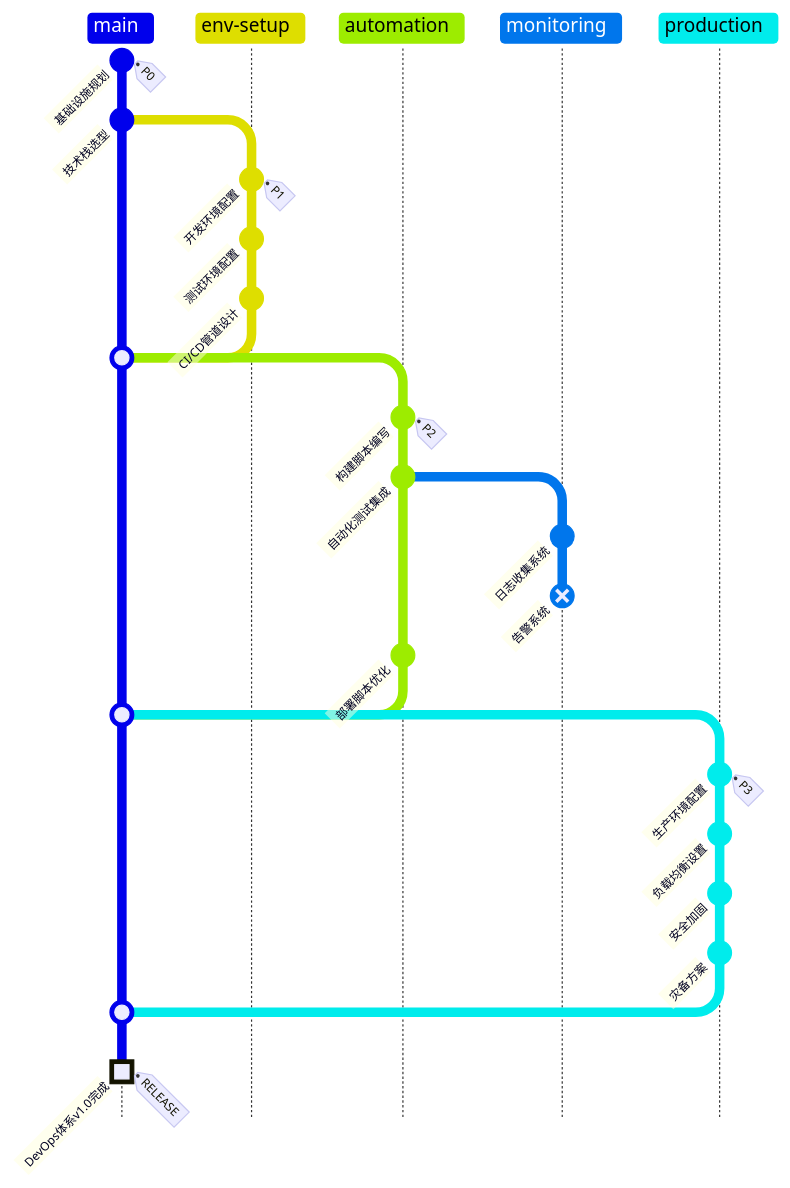
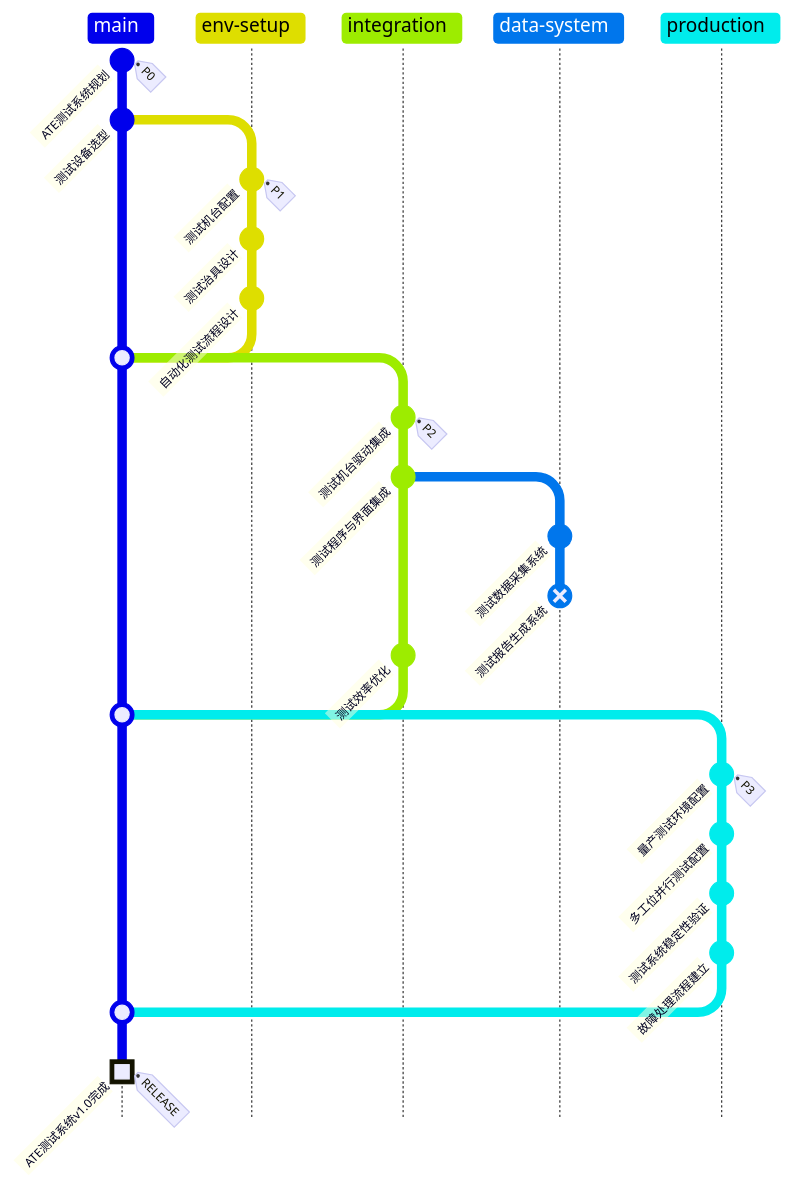
One commit to linyuxuanlin/FlowMinder changed the diagram in example_project/Branch3.md. Above: the diagram before and after it, drawn with Mermaid. The commit also changed other lines of this file and 3 other files, not shown here.

````diff
--- a/example_project/Branch3.md
+++ b/example_project/Branch3.md
@@ -3,33 +3,33 @@
 ```mermaid
 gitGraph TB:
-    commit id: "基础设施规划" tag: "P0"
-    commit id: "技术栈选型"
+    commit id: "ATE测试系统规划" tag: "P0"
+    commit id: "测试设备选型"
     branch env-setup
     checkout env-setup
-    commit id: "开发环境配置" tag: "P1"
-    commit id: "测试环境配置"
-    commit id: "CI/CD管道设计"
+    commit id: "测试机台配置" tag: "P1"
+    commit id: "测试治具设计"
+    commit id: "自动化测试流程设计"
     checkout main
     merge env-setup
-    branch automation
-    checkout automation
-    commit id: "构建脚本编写" tag: "P2"
-    commit id: "自动化测试集成"
-    branch monitoring
-    checkout monitoring
-    commit id: "日志收集系统"
-    commit id: "告警系统" type: REVERSE
-    checkout automation
-    commit id: "部署脚本优化"
+    branch integration
+    checkout integration
+    commit id: "测试机台驱动集成" tag: "P2"
+    commit id: "测试程序与界面集成"
+    branch data-system
+    checkout data-system
+    commit id: "测试数据采集系统"
+    commit id: "测试报告生成系统" type: REVERSE
+    checkout integration
+    commit id: "测试效率优化"
     checkout main
-    merge automation
+    merge integration
     branch production
     checkout production
-    commit id: "生产环境配置" tag: "P3"
-    commit id: "负载均衡设置"
-    commit id: "安全加固"
-    commit id: "灾备方案"
+    commit id: "量产测试环境配置" tag: "P3"
+    commit id: "多工位并行测试配置"
+    commit id: "测试系统稳定性验证"
+    commit id: "故障处理流程建立"
     checkout main
     merge production
-    commit id: "DevOps体系v1.0完成" type: HIGHLIGHT tag: "RELEASE"
+    commit id: "ATE测试系统v1.0完成" type: HIGHLIGHT tag: "RELEASE"
 ```
````
